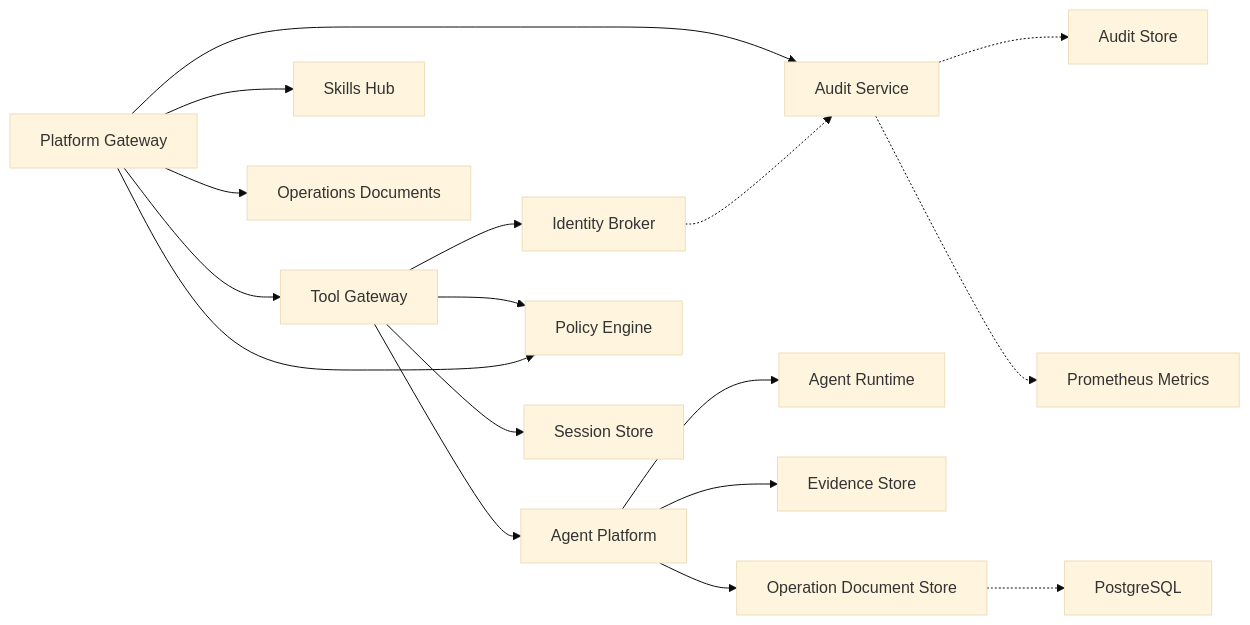
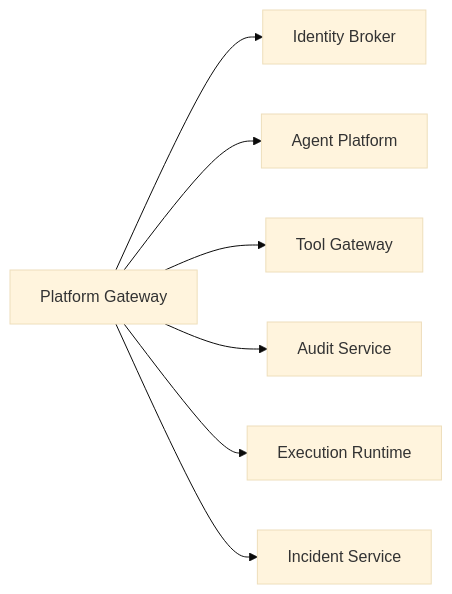
The third of 3 diagrams in .qoder/repowiki/en/content/API Reference/API Reference.md (metasync/luban-aiops), drawn with Mermaid (base theme) before and after one commit. The commit also changed other lines of this file and 843 other files, not shown here.

````diff
--- a/.qoder/repowiki/en/content/API Reference/API Reference.md
+++ b/.qoder/repowiki/en/content/API Reference/API Reference.md
@@ -748,19 +368,9 @@
 ```mermaid
 graph LR
-TG["Tool Gateway"] --> IB["Identity Broker"]
-TG --> AP["Agent Platform"]
-TG --> PE["Policy Engine"]
-TG --> SS["Session Store"]
-PG["Platform Gateway"] --> PE
+PG["Platform Gateway"] --> IB["Identity Broker"]
+PG --> AP["Agent Platform"]
+PG --> TG["Tool Gateway"]
 PG --> AS["Audit Service"]
-PG --> TG
-PG --> SH["Skills Hub"]
-PG --> OD["Operations Documents"]
-AP --> RT["Agent Runtime"]
-AP --> ES["Evidence Store"]
-AP --> ODS["Operation Document Store"]
-IB -.-> AS
-ODS -.-> DB["PostgreSQL"]
-AS -.-> ASTORE["Audit Store"]
-AS -.-> METRICS["Prometheus Metrics"]
+PG --> ER["Execution Runtime"]
+PG --> IS["Incident Service"]
 ```
````
